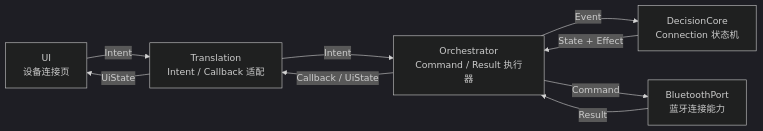
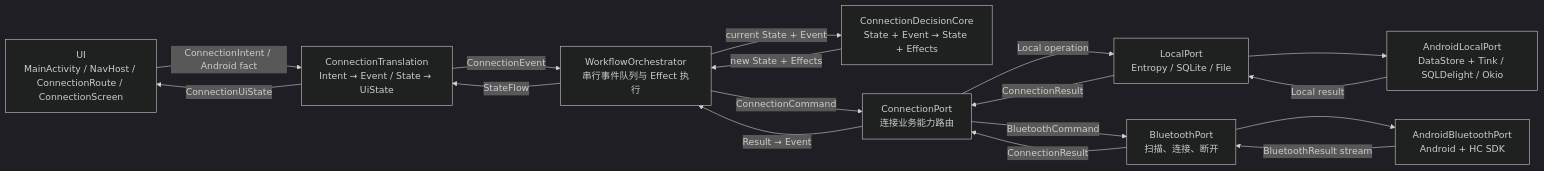
One commit to linwuqu/MixTheBluetooth changed the diagram in docs/SOP/Workflow/02-device-connection.md. Above: the diagram before and after it, drawn with Mermaid (dark theme). The commit also changed other lines of this file and 1 other file, not shown here.

````diff
--- a/docs/SOP/Workflow/02-device-connection.md
+++ b/docs/SOP/Workflow/02-device-connection.md
@@ -23,17 +35,29 @@
 ```mermaid
 flowchart LR
-  UI["UI\n设备连接页"]
-  T["Translation\nIntent / Callback 适配"]
-  O["Orchestrator\nCommand / Result 执行器"]
-  D["DecisionCore\nConnection 状态机"]
-  BP["BluetoothPort\n蓝牙连接能力"]
+  UI["UI\nMainActivity / NavHost / ConnectionRoute / ConnectionScreen"]
+  T["ConnectionTranslation\nIntent → Event / State → UiState"]
+  O["WorkflowOrchestrator\n串行事件队列与 Effect 执行"]
+  D["ConnectionDecisionCore\nState + Event → State + Effects"]
+  CP["ConnectionPort\n连接业务能力路由"]
+  LP["LocalPort\nEntropy / SQLite / File"]
+  BP["BluetoothPort\n扫描、连接、断开"]
+  LA["AndroidLocalPort\nDataStore + Tink / SQLDelight / Okio"]
+  BA["AndroidBluetoothPort\nAndroid + HC SDK"]
 
-  UI -->|Intent| T
-  T -->|Intent| O
-  O -->|Event| D
-  D -->|State + Effect| O
-  O -->|Command| BP
-  BP -->|Result| O
-  O -->|Callback / UiState| T
-  T -->|UiState| UI
+  UI -->|"ConnectionIntent / Android fact"| T
+  T -->|"ConnectionEvent"| O
+  O -->|"current State + Event"| D
+  D -->|"new State + Effects"| O
+  O -->|"StateFlow"| T
+  T -->|"ConnectionUiState"| UI
+  O -->|"ConnectionCommand"| CP
+  CP -->|"Local operation"| LP
+  CP -->|"BluetoothCommand"| BP
+  LP --> LA
+  BP --> BA
+  LA -->|"Local result"| LP
+  BA -->|"BluetoothResult stream"| BP
+  LP -->|"ConnectionResult"| CP
+  BP -->|"ConnectionResult"| CP
+  CP -->|"Result → Event"| O
 ```
````
